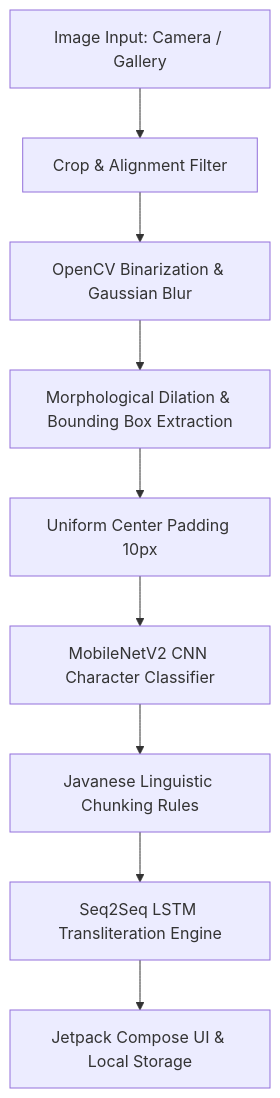
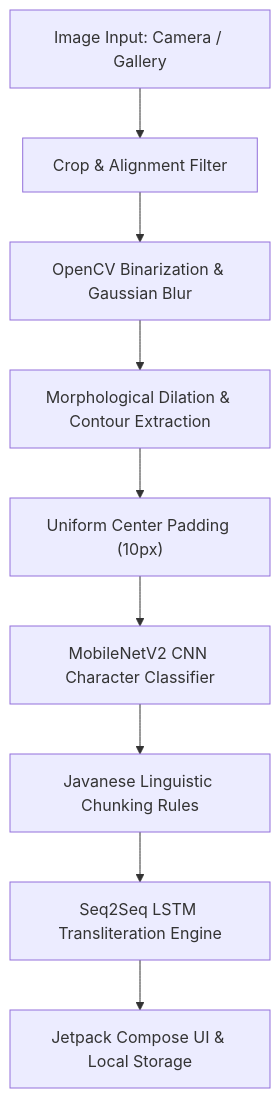
The diagram in README.md (dikaarnnd/myaksoro), drawn with Mermaid before and after one commit. The commit also changed other lines of this file, not shown here.

````diff
--- a/README.md
+++ b/README.md
@@ -32,11 +31,11 @@
 ```mermaid
-graph TD
-    A[Image Input: Camera / Gallery] --> B[Crop & Alignment Filter]
-    B --> C[OpenCV Binarization & Gaussian Blur]
-    C --> D[Morphological Dilation & Bounding Box Extraction]
-    D --> E[Uniform Center Padding 10px]
-    E --> F[MobileNetV2 CNN Character Classifier]
-    F --> G[Javanese Linguistic Chunking Rules]
-    G --> H[Seq2Seq LSTM Transliteration Engine]
-    H --> I[Jetpack Compose UI & Local Storage]
+flowchart TD
+    A["Image Input: Camera / Gallery"] --> B["Crop & Alignment Filter"]
+    B --> C["OpenCV Binarization & Gaussian Blur"]
+    C --> D["Morphological Dilation & Contour Extraction"]
+    D --> E["Uniform Center Padding (10px)"]
+    E --> F["MobileNetV2 CNN Character Classifier"]
+    F --> G["Javanese Linguistic Chunking Rules"]
+    G --> H["Seq2Seq LSTM Transliteration Engine"]
+    H --> I["Jetpack Compose UI & Local Storage"]
 ```
````
